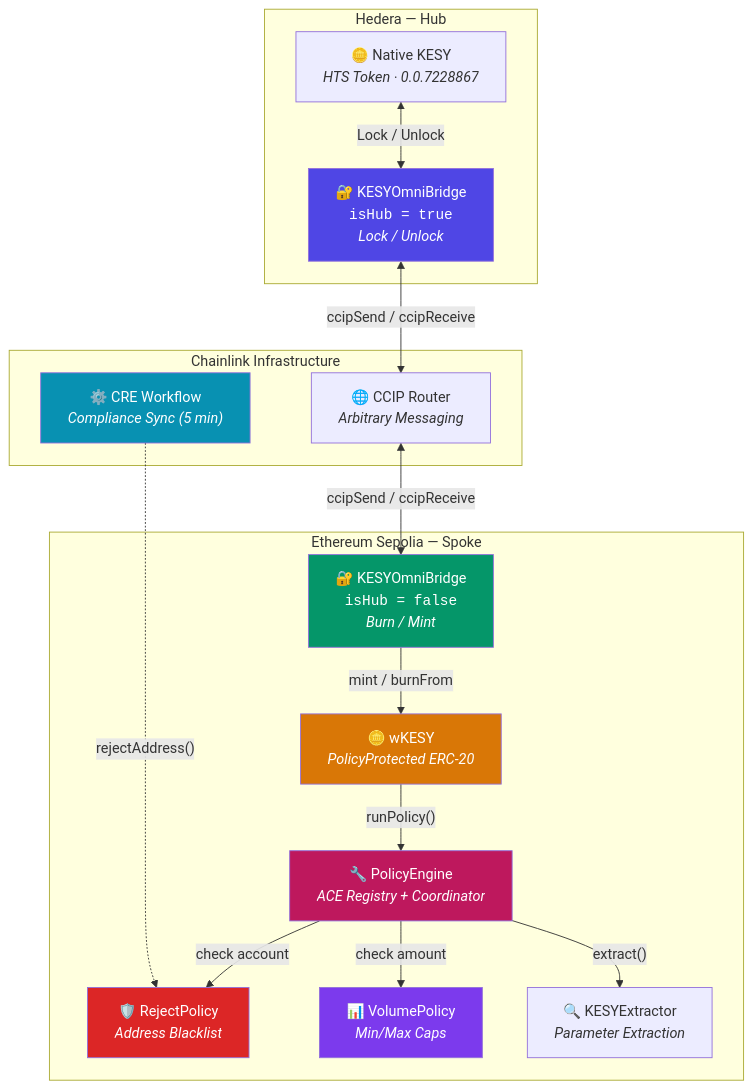
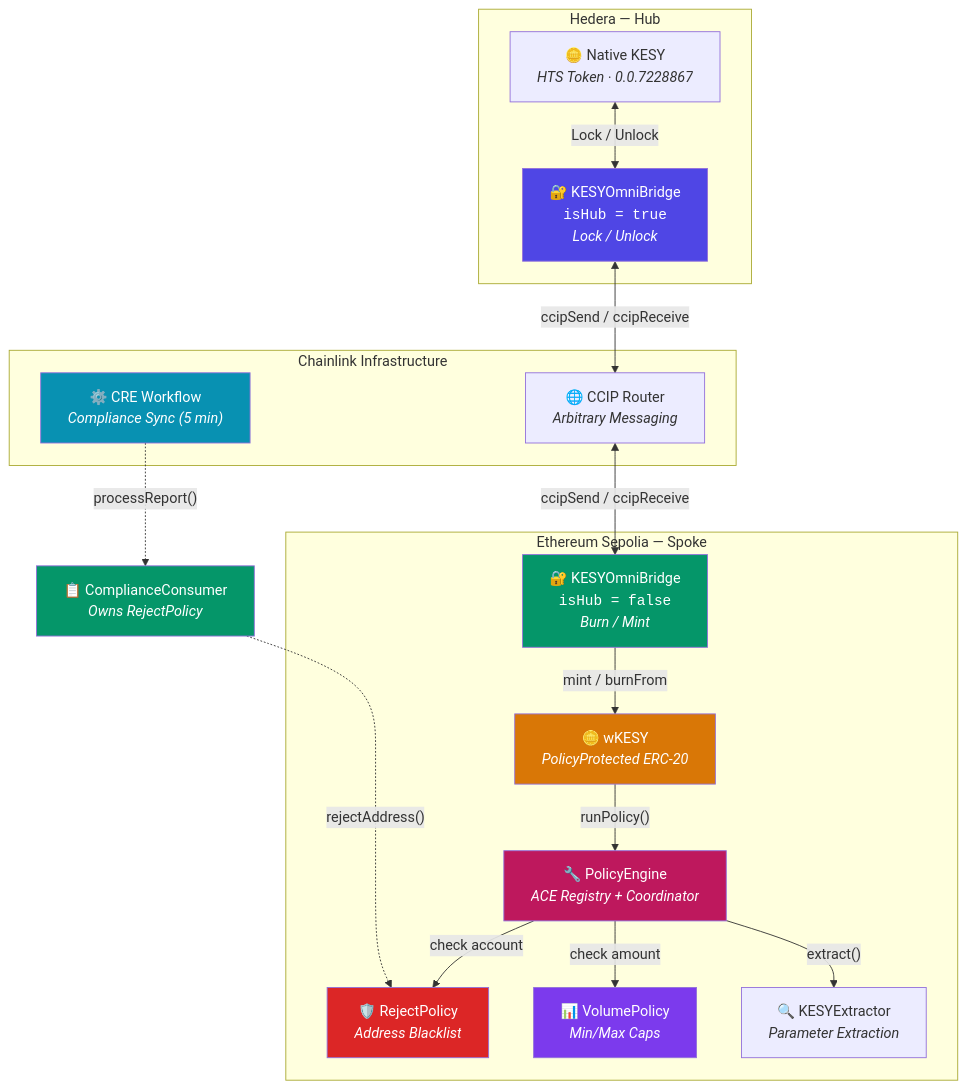
One commit to nhx-finance/bridge changed the first of 2 diagrams in contracts/README.md. Above: the diagram before and after it, drawn with Mermaid. The commit also changed other lines of this file and 7 other files, not shown here.

Commit message:
feat: introduce ComplianceConsumer contract as middleware for CRE DON to interact with RejectPolicy and update the workflow.

````diff
--- a/contracts/README.md
+++ b/contracts/README.md
@@ -15,39 +15,42 @@
 ```mermaid
 graph TD
     subgraph "Hedera — Hub"
         KESY["🪙 Native KESY<br/><i>HTS Token · 0.0.7228867</i>"]
         HUB["🔐 KESYOmniBridge<br/><code>isHub = true</code><br/><i>Lock / Unlock</i>"]
     end
 
     subgraph "Chainlink Infrastructure"
         CCIP["🌐 CCIP Router<br/><i>Arbitrary Messaging</i>"]
         CRE["⚙️ CRE Workflow<br/><i>Compliance Sync (5 min)</i>"]
     end
 
     subgraph "Ethereum Sepolia — Spoke"
         PE["🔧 PolicyEngine<br/><i>ACE Registry + Coordinator</i>"]
         RP["🛡️ RejectPolicy<br/><i>Address Blacklist</i>"]
         VP["📊 VolumePolicy<br/><i>Min/Max Caps</i>"]
         EX["🔍 KESYExtractor<br/><i>Parameter Extraction</i>"]
         WKESY["🪙 wKESY<br/><i>PolicyProtected ERC-20</i>"]
         SPOKE["🔐 KESYOmniBridge<br/><code>isHub = false</code><br/><i>Burn / Mint</i>"]
     end
 
     KESY <-->|"Lock / Unlock"| HUB
     HUB <-->|"ccipSend / ccipReceive"| CCIP
     CCIP <-->|"ccipSend / ccipReceive"| SPOKE
     SPOKE -->|"mint / burnFrom"| WKESY
     WKESY -->|"runPolicy()"| PE
     PE -->|"extract()"| EX
     PE -->|"check account"| RP
     PE -->|"check amount"| VP
-    CRE -.->|"rejectAddress()"| RP
+    CRE -.->|"processReport()"| CC
+        CC["📋 ComplianceConsumer<br/><i>Owns RejectPolicy</i>"]
+        CC -.->|"rejectAddress()"| RP
 
     style HUB fill:#4F46E5,color:#fff
     style SPOKE fill:#059669,color:#fff
     style WKESY fill:#D97706,color:#fff
     style PE fill:#BE185D,color:#fff
     style RP fill:#DC2626,color:#fff
     style VP fill:#7C3AED,color:#fff
     style CRE fill:#0891B2,color:#fff
+    style CC fill:#059669,color:#fff
 ```
````
